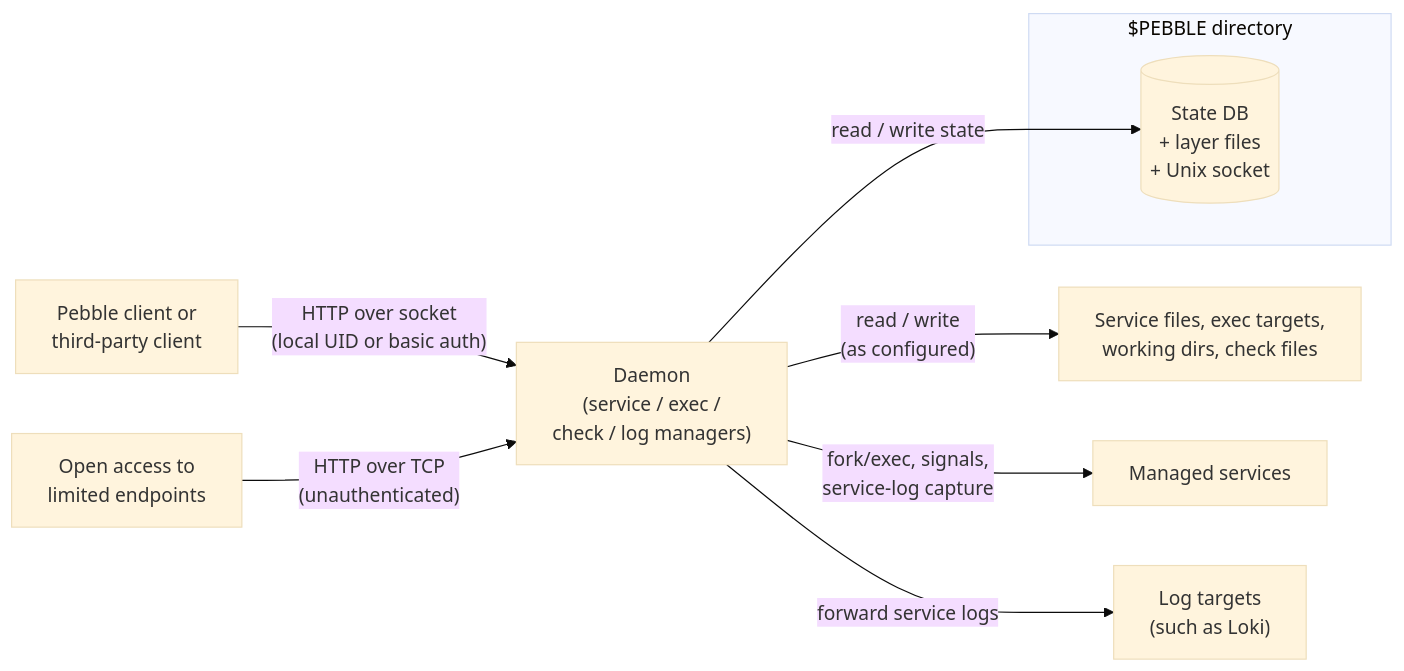
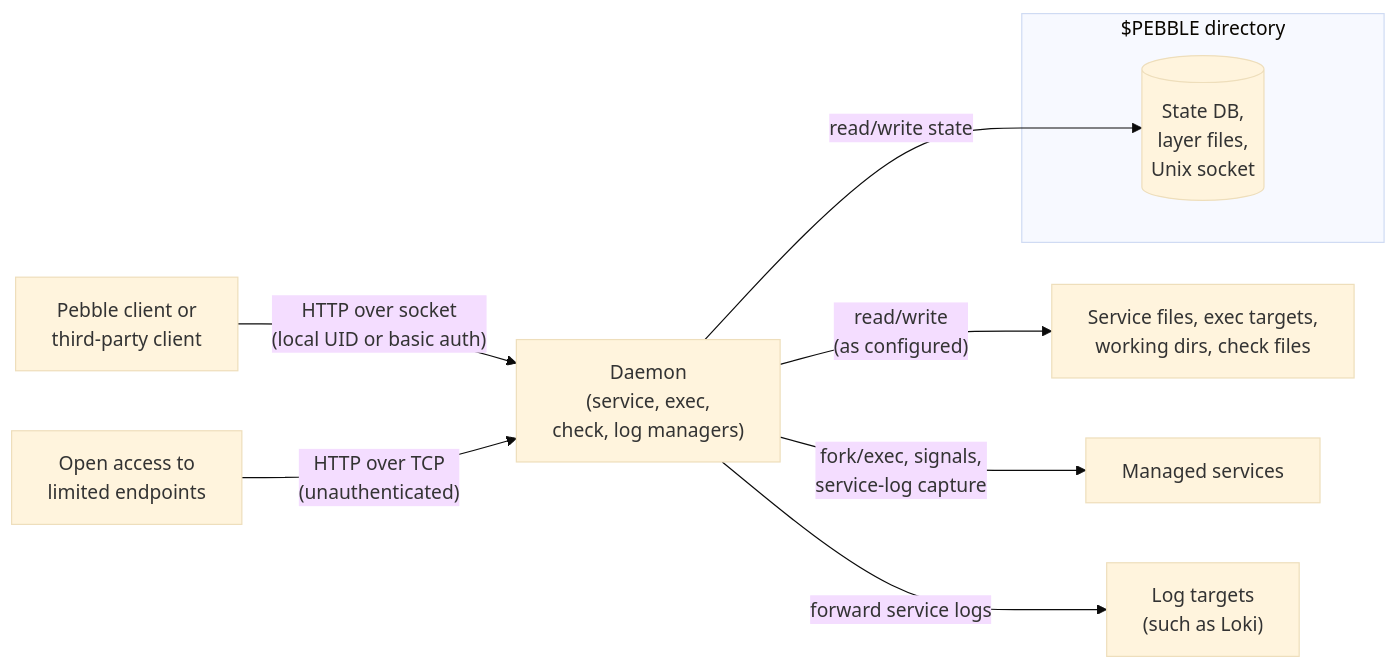
One commit to canonical/pebble changed the diagram in docs/explanation/security.md. Above: the diagram before and after it, drawn with Mermaid (base theme). The commit also changed other lines of this file, not shown here.

Commit message:
Apply suggestions from code review

````diff
--- a/docs/explanation/security.md
+++ b/docs/explanation/security.md
@@ -10,19 +10,19 @@
 ```{mermaid}
 flowchart LR
     Client["Pebble client or<br/>third-party client"]
     HTTP["Open access to<br/>limited endpoints"]
-    Daemon["Daemon<br/>(service / exec /<br/>check / log managers)"]
+    Daemon["Daemon<br/>(service, exec,<br/>check, log managers)"]
     subgraph State["$PEBBLE directory"]
-        StateDB[("State DB<br/>+ layer files<br/>+ Unix socket")]
+        StateDB[("State DB,<br/>layer files,<br/>Unix socket")]
     end
     HostFS["Service files, exec targets,<br/>working dirs, check files"]
     Services["Managed services"]
     Logs["Log targets<br/>(such as Loki)"]
 
     Client -- "HTTP over socket<br/>(local UID or basic auth)" --> Daemon
     HTTP -- "HTTP over TCP<br/>(unauthenticated)" --> Daemon
     Daemon -- "fork/exec, signals,<br/>service-log capture" --> Services
-    Daemon -- "read / write state" --> StateDB
-    Daemon -- "read / write<br/>(as configured)" --> HostFS
+    Daemon -- "read/write state" --> StateDB
+    Daemon -- "read/write<br/>(as configured)" --> HostFS
     Daemon -- "forward service logs" --> Logs
 ```
````
